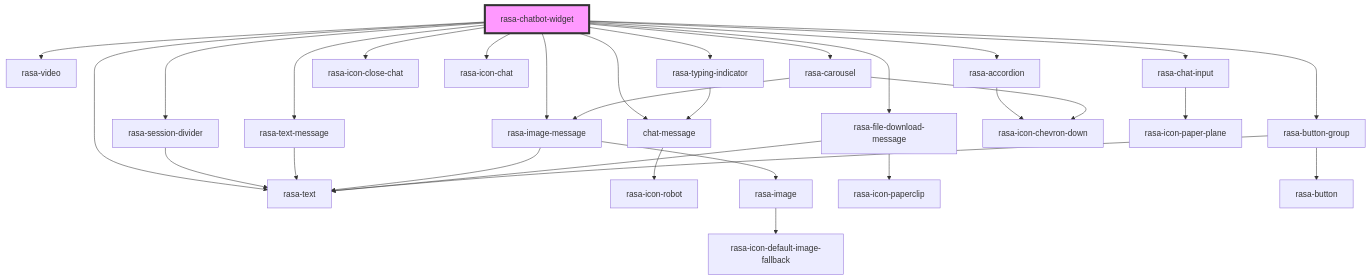
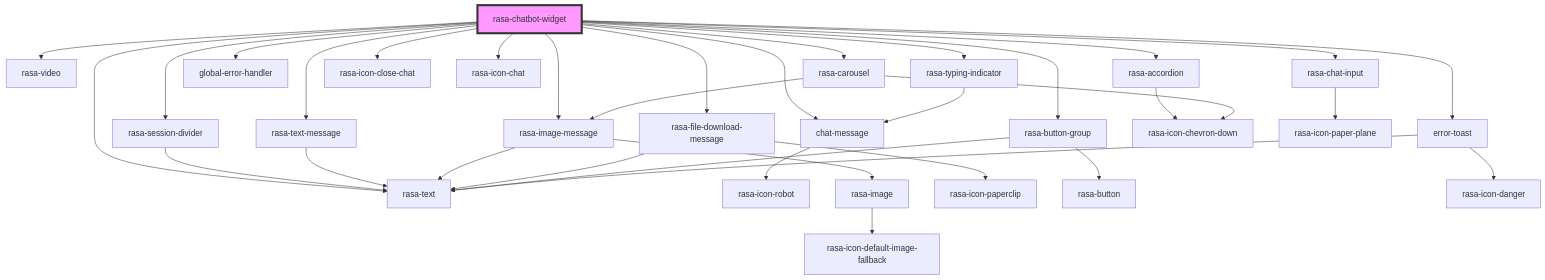
One commit to RasaHQ/chat-widget changed the diagram in packages/web-component/src/rasa-chatbot-widget/readme.md. Above: the diagram before and after it, drawn with Mermaid. The commit also changed other lines of this file and 34 other files, not shown here.

First line of the commit message:
Custom error handler, error toast

````diff
--- a/packages/web-component/src/rasa-chatbot-widget/readme.md
+++ b/packages/web-component/src/rasa-chatbot-widget/readme.md
@@ -48,33 +50,37 @@
 ```mermaid
 graph TD;
   rasa-chatbot-widget --> rasa-session-divider
   rasa-chatbot-widget --> chat-message
   rasa-chatbot-widget --> rasa-text-message
   rasa-chatbot-widget --> rasa-image-message
   rasa-chatbot-widget --> rasa-video
   rasa-chatbot-widget --> rasa-file-download-message
   rasa-chatbot-widget --> rasa-accordion
   rasa-chatbot-widget --> rasa-text
   rasa-chatbot-widget --> rasa-button-group
   rasa-chatbot-widget --> rasa-carousel
+  rasa-chatbot-widget --> global-error-handler
   rasa-chatbot-widget --> rasa-typing-indicator
   rasa-chatbot-widget --> rasa-icon-close-chat
   rasa-chatbot-widget --> rasa-icon-chat
+  rasa-chatbot-widget --> error-toast
   rasa-chatbot-widget --> rasa-chat-input
   rasa-session-divider --> rasa-text
   chat-message --> rasa-icon-robot
   rasa-text-message --> rasa-text
   rasa-image-message --> rasa-image
   rasa-image-message --> rasa-text
   rasa-image --> rasa-icon-default-image-fallback
   rasa-file-download-message --> rasa-icon-paperclip
   rasa-file-download-message --> rasa-text
   rasa-accordion --> rasa-icon-chevron-down
   rasa-button-group --> rasa-button
   rasa-button-group --> rasa-text
   rasa-carousel --> rasa-image-message
   rasa-carousel --> rasa-icon-chevron-down
   rasa-typing-indicator --> chat-message
+  error-toast --> rasa-icon-danger
+  error-toast --> rasa-text
   rasa-chat-input --> rasa-icon-paper-plane
   style rasa-chatbot-widget fill:#f9f,stroke:#333,stroke-width:4px
 ```
````
